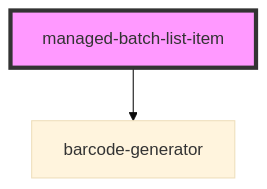
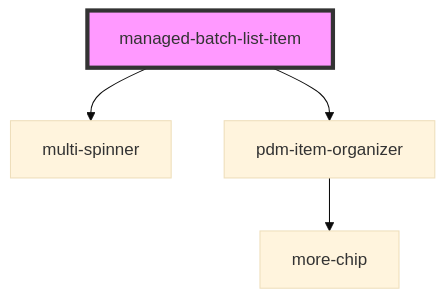
Before and after one commit to PharmaLedger-IMI/fgt-workspace: the diagram in pdm-web-components/src/components/managed-batch-list-item/readme.md, drawn with Mermaid (base theme). The commit also changed other lines of this file and 55 other files, not shown here.

````diff
--- a/pdm-web-components/src/components/managed-batch-list-item/readme.md
+++ b/pdm-web-components/src/components/managed-batch-list-item/readme.md
@@ -42,5 +44,7 @@
 ```mermaid
 graph TD;
-  managed-batch-list-item --> barcode-generator
+  managed-batch-list-item --> multi-spinner
+  managed-batch-list-item --> pdm-item-organizer
+  pdm-item-organizer --> more-chip
   style managed-batch-list-item fill:#f9f,stroke:#333,stroke-width:4px
 ```
````
